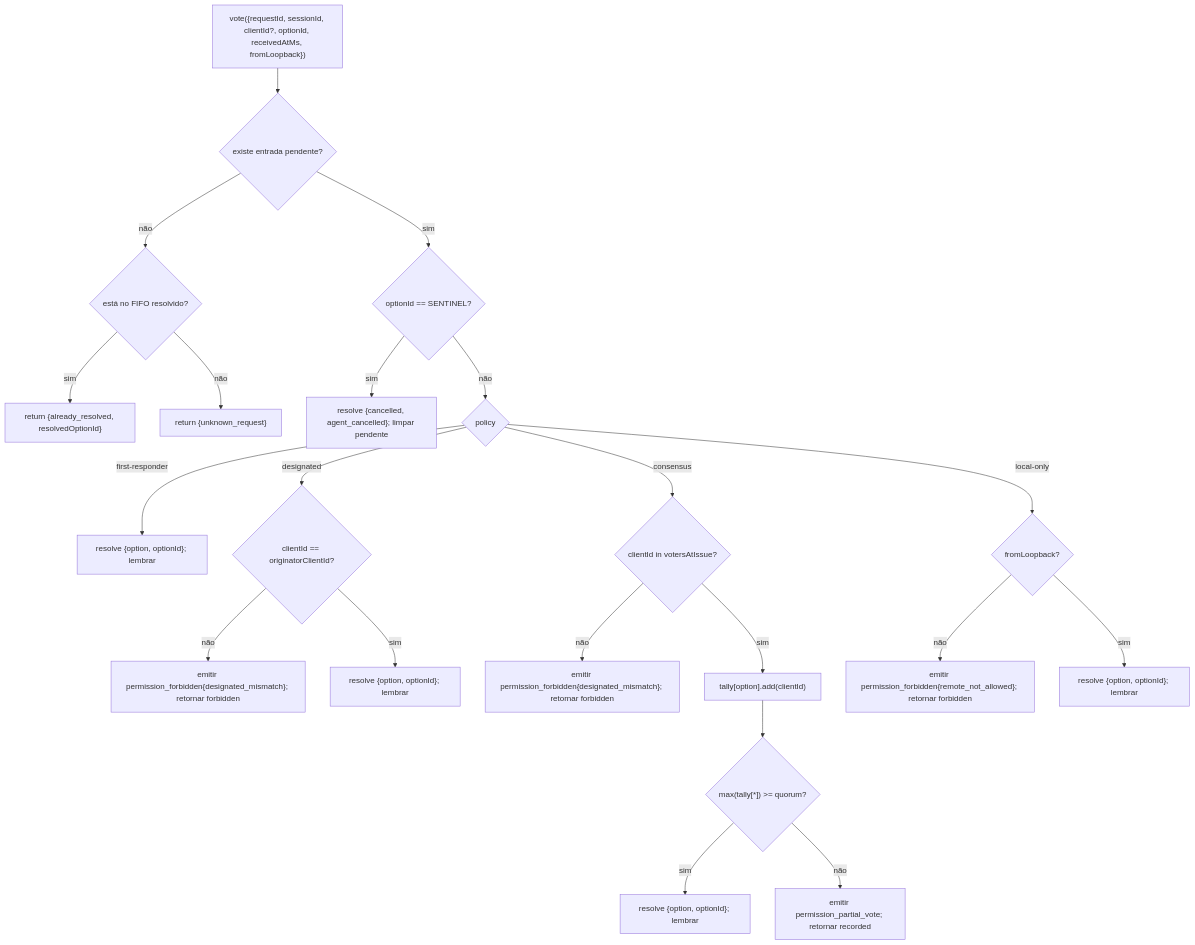
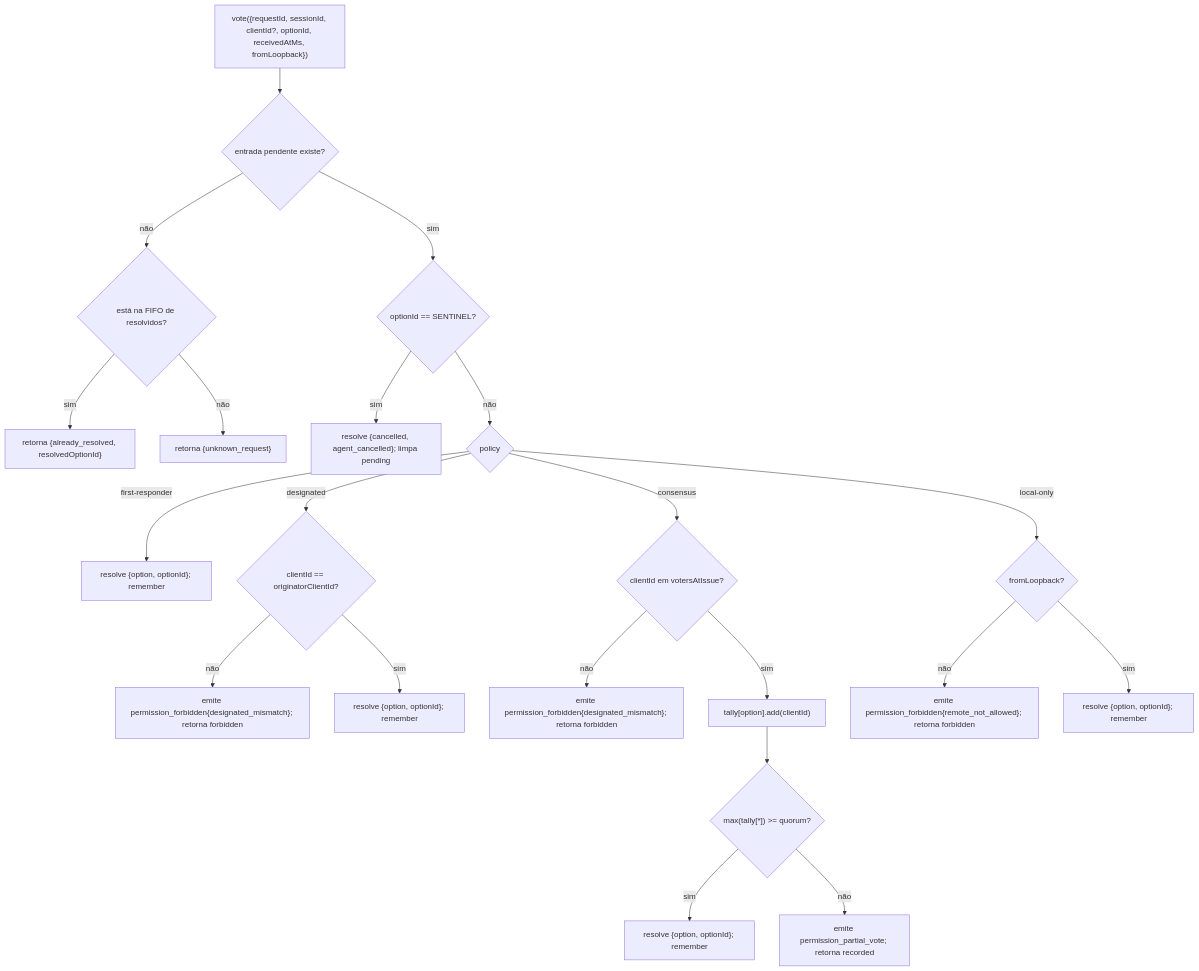
The second of 2 diagrams in website/content/pt-BR/developers/daemon/04-permission-mediation.md (QwenLM/qwen-code-docs), drawn with Mermaid before and after one commit. The commit also changed other lines of this file and 1077 other files, not shown here.

````diff
--- a/website/content/pt-BR/developers/daemon/04-permission-mediation.md
+++ b/website/content/pt-BR/developers/daemon/04-permission-mediation.md
@@ -120,23 +121,23 @@
 ```mermaid
 flowchart TD
-    V["vote({requestId, sessionId, clientId?, optionId, receivedAtMs, fromLoopback})"] --> E{"existe entrada pendente?"}
-    E -->|não| RD{"está no FIFO resolvido?"}
-    RD -->|sim| AR["return {already_resolved, resolvedOptionId}"]
-    RD -->|não| UR["return {unknown_request}"]
+    V["vote({requestId, sessionId, clientId?, optionId, receivedAtMs, fromLoopback})"] --> E{"entrada pendente existe?"}
+    E -->|não| RD{"está na FIFO de resolvidos?"}
+    RD -->|sim| AR["retorna {already_resolved, resolvedOptionId}"]
+    RD -->|não| UR["retorna {unknown_request}"]
     E -->|sim| SENT{"optionId == SENTINEL?"}
-    SENT -->|sim| CX["resolve {cancelled, agent_cancelled}; limpar pendente"]
+    SENT -->|sim| CX["resolve {cancelled, agent_cancelled}; limpa pending"]
     SENT -->|não| POL{"policy"}
-    POL -->|first-responder| FR["resolve {option, optionId}; lembrar"]
+    POL -->|first-responder| FR["resolve {option, optionId}; remember"]
     POL -->|designated| DG{"clientId == originatorClientId?"}
-    DG -->|não| FOR["emitir permission_forbidden{designated_mismatch}; retornar forbidden"]
-    DG -->|sim| FRR["resolve {option, optionId}; lembrar"]
-    POL -->|consensus| CN{"clientId in votersAtIssue?"}
-    CN -->|não| FORC["emitir permission_forbidden{designated_mismatch}; retornar forbidden"]
+    DG -->|não| FOR["emite permission_forbidden{designated_mismatch}; retorna forbidden"]
+    DG -->|sim| FRR["resolve {option, optionId}; remember"]
+    POL -->|consensus| CN{"clientId em votersAtIssue?"}
+    CN -->|não| FORC["emite permission_forbidden{designated_mismatch}; retorna forbidden"]
     CN -->|sim| TAL["tally[option].add(clientId)"]
     TAL --> Q{"max(tally[*]) >= quorum?"}
-    Q -->|sim| RES["resolve {option, optionId}; lembrar"]
-    Q -->|não| PV["emitir permission_partial_vote; retornar recorded"]
+    Q -->|sim| RES["resolve {option, optionId}; remember"]
+    Q -->|não| PV["emite permission_partial_vote; retorna recorded"]
     POL -->|local-only| LO{"fromLoopback?"}
-    LO -->|não| FORL["emitir permission_forbidden{remote_not_allowed}; retornar forbidden"]
-    LO -->|sim| RESL["resolve {option, optionId}; lembrar"]
+    LO -->|não| FORL["emite permission_forbidden{remote_not_allowed}; retorna forbidden"]
+    LO -->|sim| RESL["resolve {option, optionId}; remember"]
 ```
````
